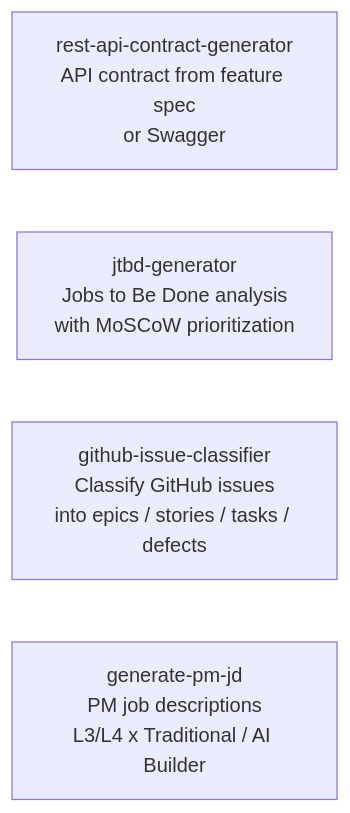
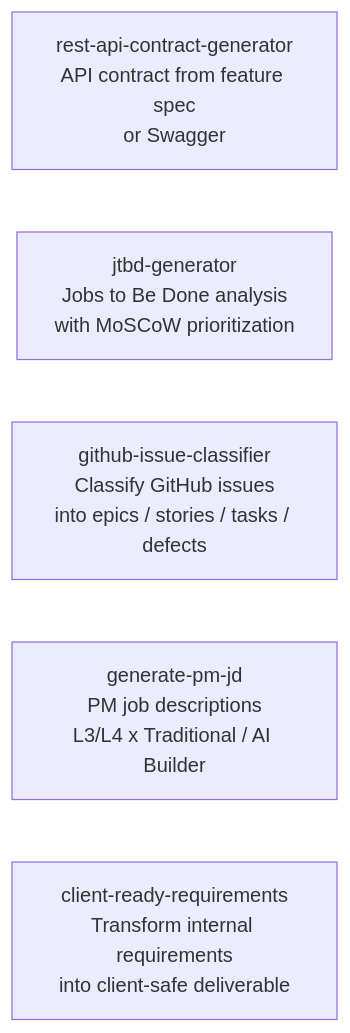
One commit to rushikeshpol02/ai-skills changed the fourth of 5 diagrams in docs/workflow-guide.md. Above: the diagram before and after it, drawn with Mermaid. The commit also changed other lines of this file and 3 other files, not shown here.

First line of the commit message:
Fix stale docs: add client-ready-requirements, update skill counts, sync behaviors

````diff
--- a/docs/workflow-guide.md
+++ b/docs/workflow-guide.md
@@ -153,7 +153,8 @@
 ```mermaid
 flowchart LR
     RAC[rest-api-contract-generator\nAPI contract from feature spec\nor Swagger]
     JTBD[jtbd-generator\nJobs to Be Done analysis\nwith MoSCoW prioritization]
     GIC[github-issue-classifier\nClassify GitHub issues\ninto epics / stories / tasks / defects]
     PMJ[generate-pm-jd\nPM job descriptions\nL3/L4 x Traditional / AI Builder]
+    CRR[client-ready-requirements\nTransform internal requirements\ninto client-safe deliverable]
 ```
````
